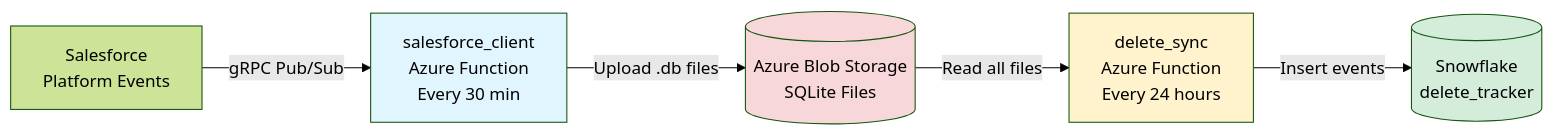
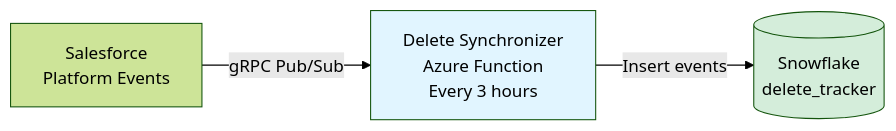
The diagram in README.md (jyotibizp/delete_synchronizer), drawn with Mermaid (forest theme) before and after one commit. The commit also changed other lines of this file and 64 other files, not shown here.

Commit message:
remove intermediate step of save events to blob

````diff
--- a/README.md
+++ b/README.md
@@ -63,18 +53,12 @@
 ```mermaid
 graph LR
     SF[Salesforce<br/>Platform Events]
-    SC[salesforce_client<br/>Azure Function<br/>Every 30 min]
-    Blob[(Azure Blob Storage<br/>SQLite Files)]
-    DS[delete_sync<br/>Azure Function<br/>Every 24 hours]
+    Sync[Delete Synchronizer<br/>Azure Function<br/>Every 3 hours]
     Snow[(Snowflake<br/>delete_tracker)]
     
-    SF -->|gRPC Pub/Sub| SC
-    SC -->|Upload .db files| Blob
-    Blob -->|Read all files| DS
-    DS -->|Insert events| Snow
+    SF -->|gRPC Pub/Sub| Sync
+    Sync -->|Insert events| Snow
     
-    style SC fill:#e1f5ff
-    style DS fill:#fff3cd
-    style Blob fill:#f8d7da
+    style Sync fill:#e1f5ff
     style Snow fill:#d4edda
 ```
````
